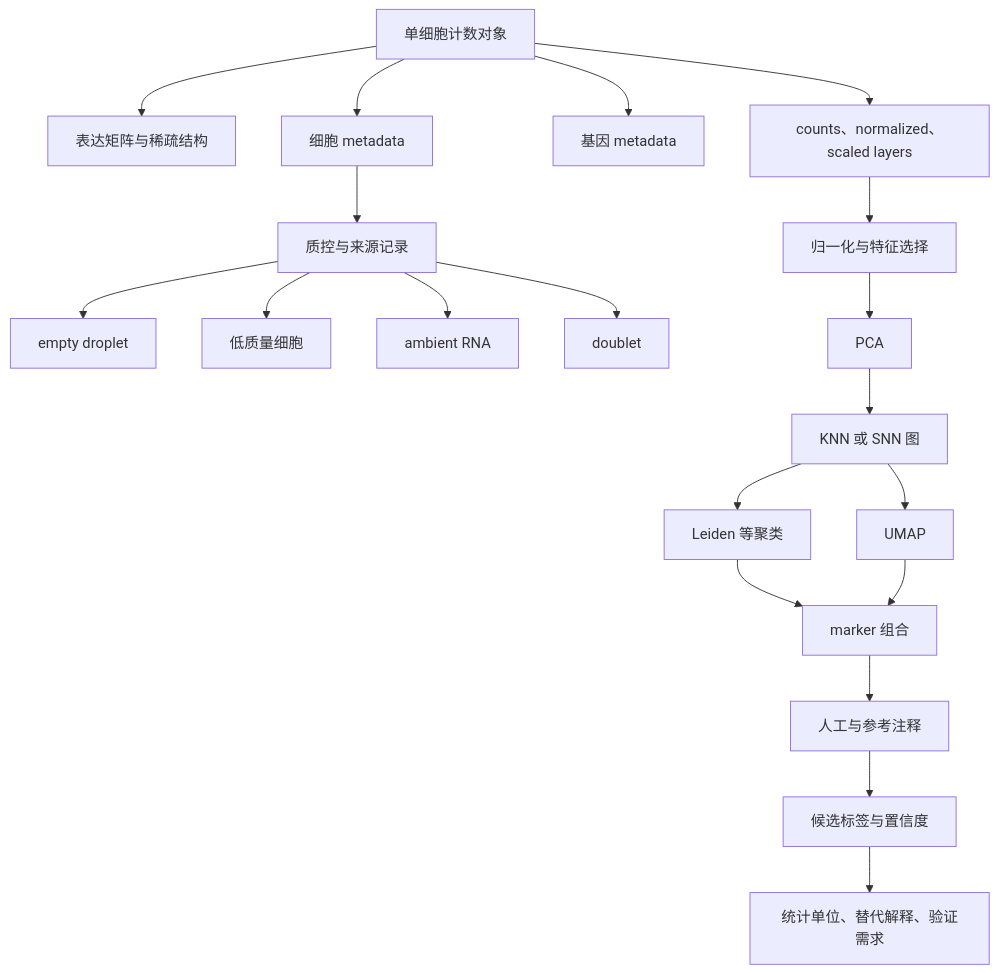
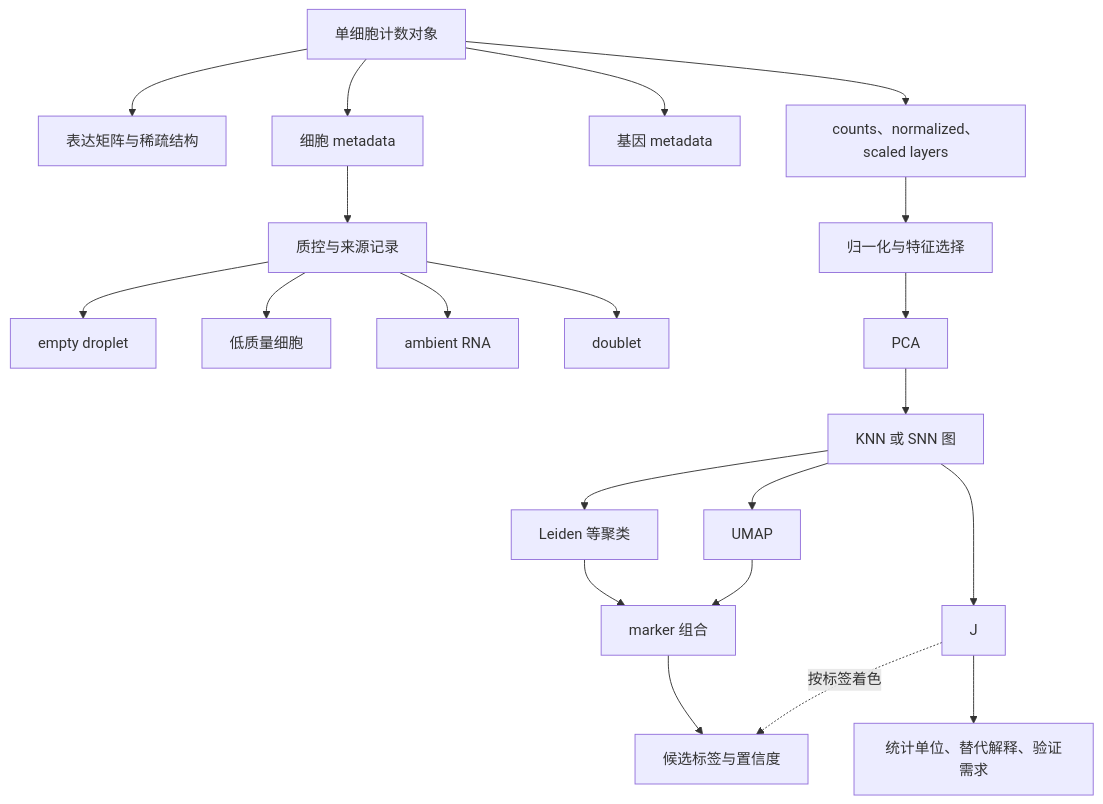
The second of 2 diagrams in docs/chapters/chapter-14/index.md (luvega/AI_MED_DataVis), drawn with Mermaid before and after one commit. The commit also changed other lines of this file and 21 other files, not shown here.

````diff
--- a/docs/chapters/chapter-14/index.md
+++ b/docs/chapters/chapter-14/index.md
@@ -652,22 +621,23 @@
 ```mermaid
 flowchart TB
     A["单细胞计数对象"] --> A1["表达矩阵与稀疏结构"]
     A --> A2["细胞 metadata"]
     A --> A3["基因 metadata"]
     A --> A4["counts、normalized、scaled layers"]
     A2 --> B["质控与来源记录"]
     B --> B1["empty droplet"]
     B --> B2["低质量细胞"]
     B --> B3["ambient RNA"]
     B --> B4["doublet"]
     A4 --> C["归一化与特征选择"]
     C --> D["PCA"]
     D --> E["KNN 或 SNN 图"]
     E --> F["Leiden 等聚类"]
     E --> G["UMAP"]
     F --> H["marker 组合"]
     G --> H
     H --> I["人工与参考注释"]
-    I --> J["候选标签与置信度"]
+    E --> J
+    J -. "按标签着色" .-> I["候选标签与置信度"]
     J --> K["统计单位、替代解释、验证需求"]
 ```
````
